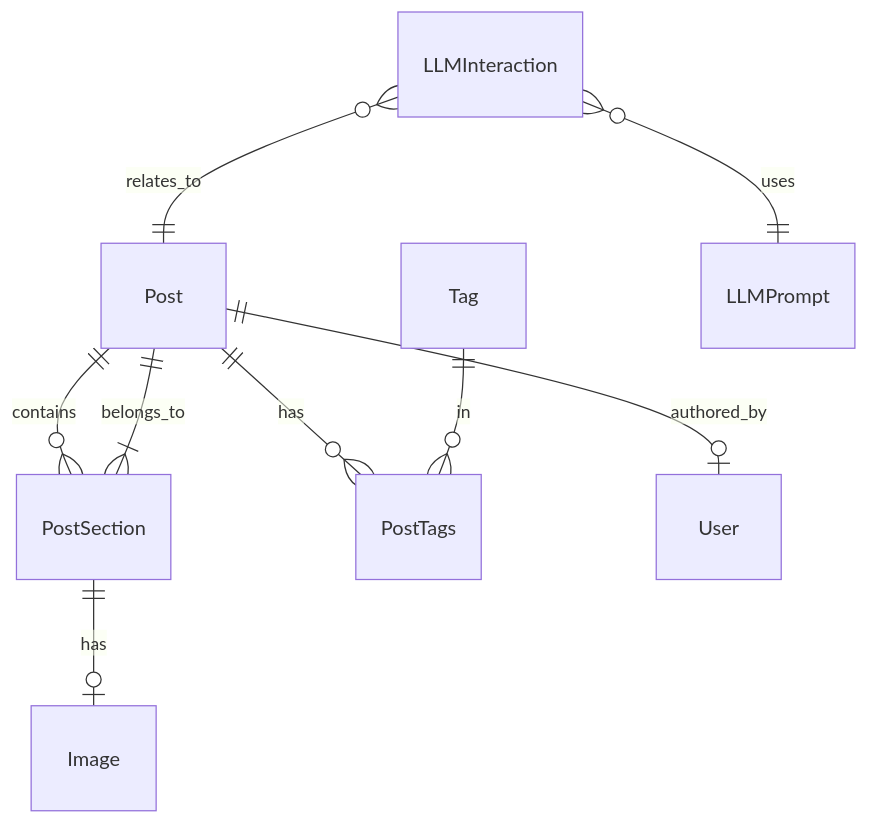
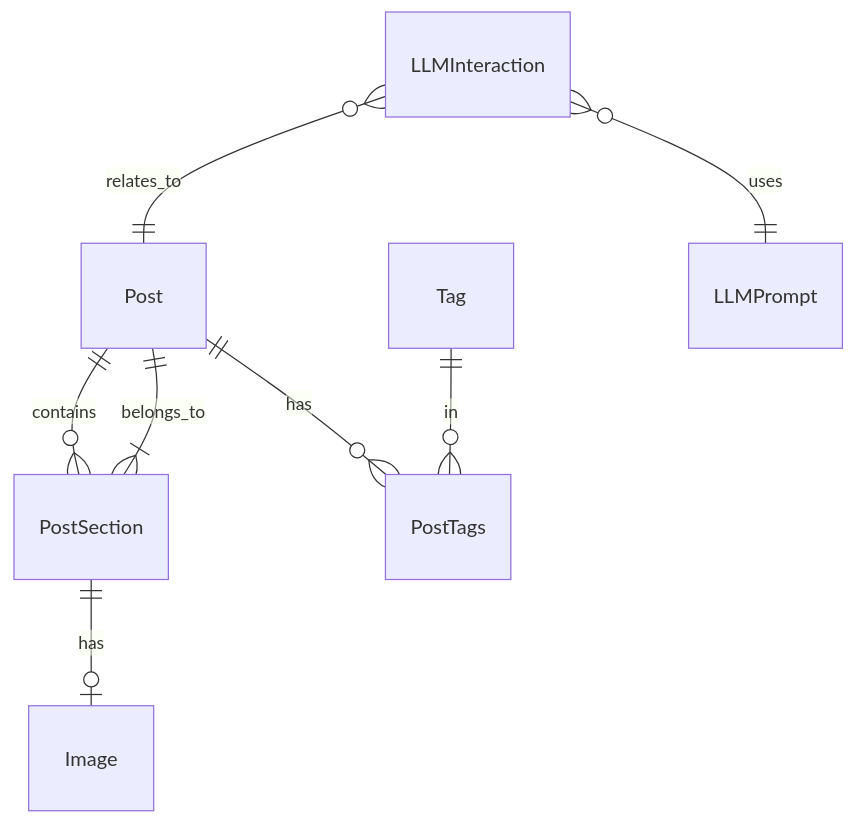
One commit to AutoJenny/blog changed the diagram in docs/database/README.md. Above: the diagram before and after it, drawn with Mermaid. The commit also changed other lines of this file and 45 other files, not shown here.

````diff
--- a/docs/database/README.md
+++ b/docs/database/README.md
@@ -65,14 +57,13 @@
 ```mermaid
 erDiagram
     Post ||--o{ PostSection : contains
     Post ||--o{ PostTags : has
-    Post ||--o| User : authored_by
     
     PostSection ||--o| Image : has
     PostSection }|--|| Post : belongs_to
     
     Tag ||--o{ PostTags : in
     
     LLMInteraction }o--|| LLMPrompt : uses
     LLMInteraction }o--|| Post : relates_to
 ```
````
